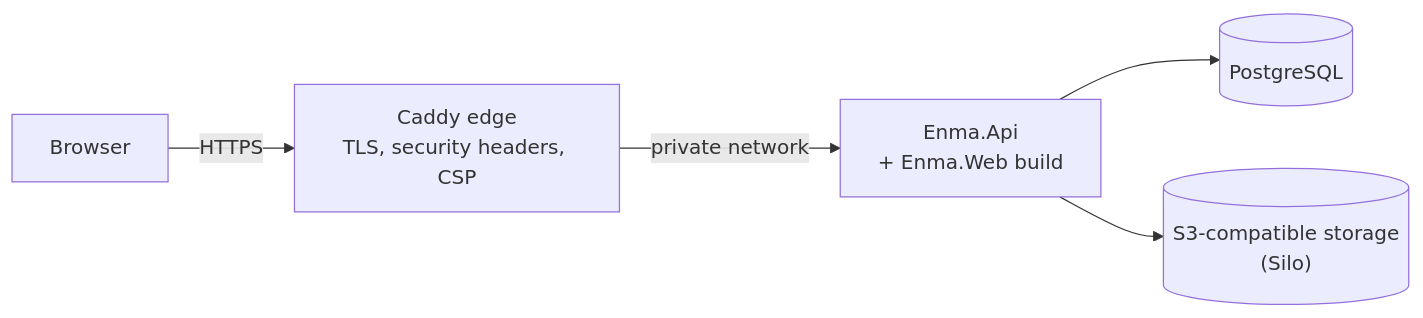
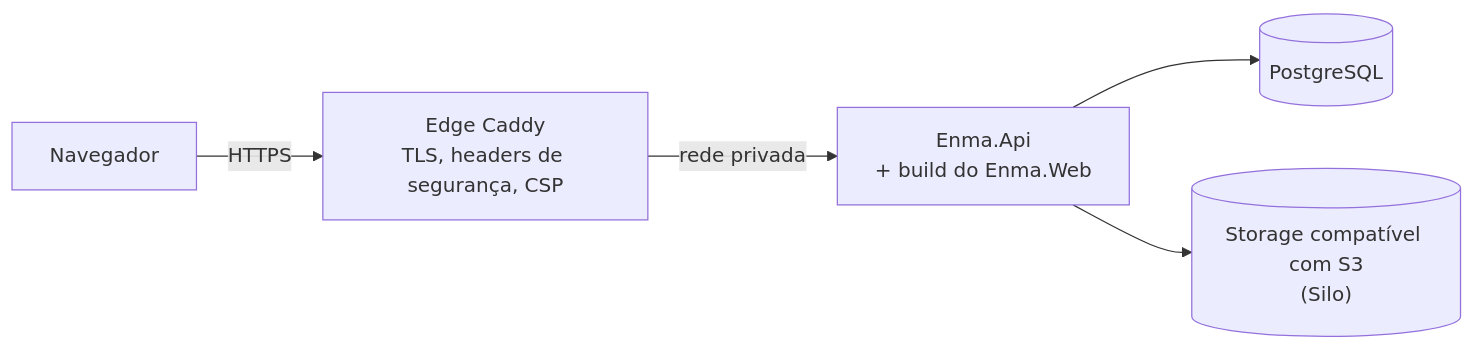
The diagram in README.md (JrCotrim/Enma), drawn with Mermaid before and after one commit. The commit also changed other lines of this file and 1 other file, not shown here.

````diff
--- a/README.md
+++ b/README.md
@@ -53,7 +56,7 @@
 ```mermaid
 flowchart LR
-    Browser["Browser"] -->|HTTPS| Caddy["Caddy edge<br/>TLS, security headers, CSP"]
-    Caddy -->|private network| Api["Enma.Api<br/>+ Enma.Web build"]
+    Browser["Navegador"] -->|HTTPS| Caddy["Edge Caddy<br/>TLS, headers de segurança, CSP"]
+    Caddy -->|rede privada| Api["Enma.Api<br/>+ build do Enma.Web"]
     Api --> Postgres[("PostgreSQL")]
-    Api --> Storage[("S3-compatible storage<br/>(Silo)")]
+    Api --> Storage[("Storage compatível com S3<br/>(Silo)")]
 ```
````
